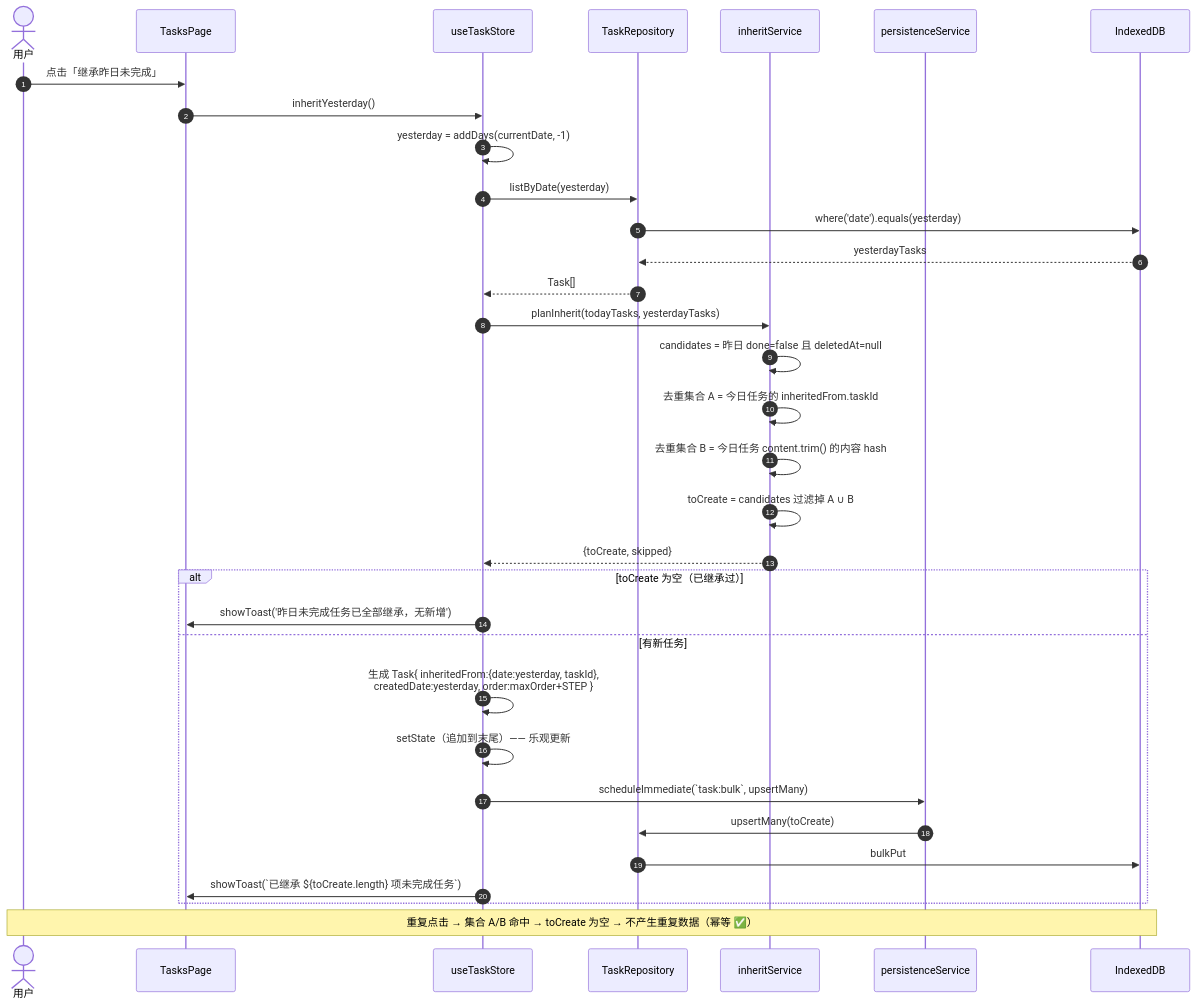
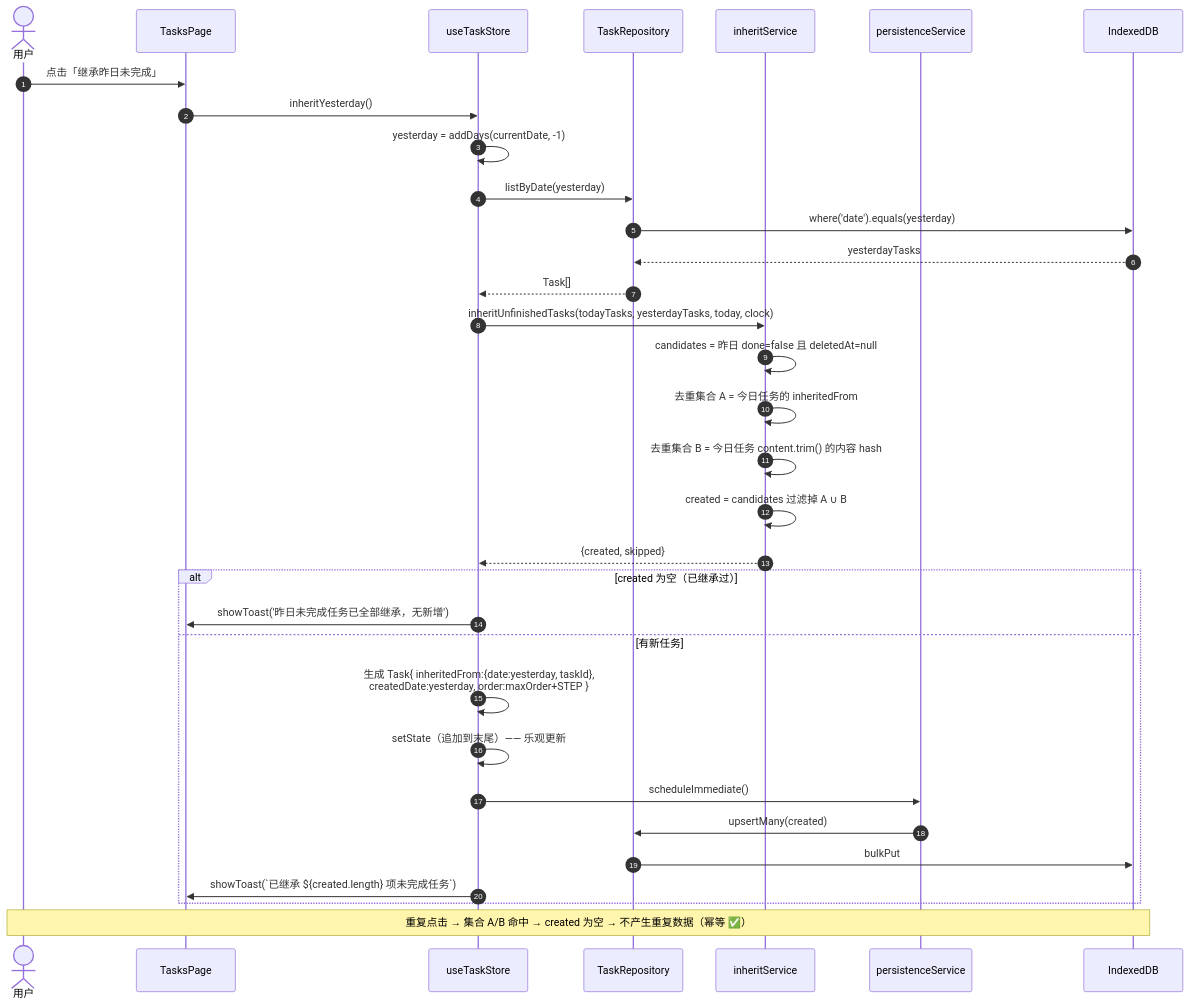
The sixth of 7 diagrams in docs/ARCHITECTURE.md (YangZheyuan12/easy-daily-schedule), drawn with Mermaid before and after one commit. The commit also changed other lines of this file and 28 other files, not shown here.

````diff
--- a/docs/ARCHITECTURE.md
+++ b/docs/ARCHITECTURE.md
@@ -1610,36 +1638,36 @@
 ```mermaid
 sequenceDiagram
     autonumber
     actor U as 用户
     participant TP as TasksPage
     participant TS as useTaskStore
     participant TR as TaskRepository
     participant SV as inheritService
     participant PS as persistenceService
     participant DB as IndexedDB
 
     U->>TP: 点击「继承昨日未完成」
     TP->>TS: inheritYesterday()
     TS->>TS: yesterday = addDays(currentDate, -1)
     TS->>TR: listByDate(yesterday)
     TR->>DB: where('date').equals(yesterday)
     DB-->>TR: yesterdayTasks
     TR-->>TS: Task[]
-    TS->>SV: planInherit(todayTasks, yesterdayTasks)
+    TS->>SV: inheritUnfinishedTasks(todayTasks, yesterdayTasks, today, clock)
     SV->>SV: candidates = 昨日 done=false 且 deletedAt=null
-    SV->>SV: 去重集合 A = 今日任务的 inheritedFrom.taskId
+    SV->>SV: 去重集合 A = 今日任务的 inheritedFrom
     SV->>SV: 去重集合 B = 今日任务 content.trim() 的内容 hash
-    SV->>SV: toCreate = candidates 过滤掉 A ∪ B
-    SV-->>TS: {toCreate, skipped}
-    alt toCreate 为空（已继承过）
+    SV->>SV: created = candidates 过滤掉 A ∪ B
+    SV-->>TS: {created, skipped}
+    alt created 为空（已继承过）
         TS->>TP: showToast('昨日未完成任务已全部继承，无新增')
     else 有新任务
         TS->>TS: 生成 Task{ inheritedFrom:{date:yesterday, taskId},<br/>createdDate:yesterday, order:maxOrder+STEP }
         TS->>TS: setState（追加到末尾）—— 乐观更新
-        TS->>PS: scheduleImmediate(`task:bulk`, upsertMany)
-        PS->>TR: upsertMany(toCreate)
+        TS->>PS: scheduleImmediate()
+        PS->>TR: upsertMany(created)
         TR->>DB: bulkPut
-        TS->>TP: showToast(`已继承 ${toCreate.length} 项未完成任务`)
+        TS->>TP: showToast(`已继承 ${created.length} 项未完成任务`)
     end
-    Note over U,DB: 重复点击 → 集合 A/B 命中 → toCreate 为空 → 不产生重复数据（幂等 ✅）
+    Note over U,DB: 重复点击 → 集合 A/B 命中 → created 为空 → 不产生重复数据（幂等 ✅）
 ```
````
